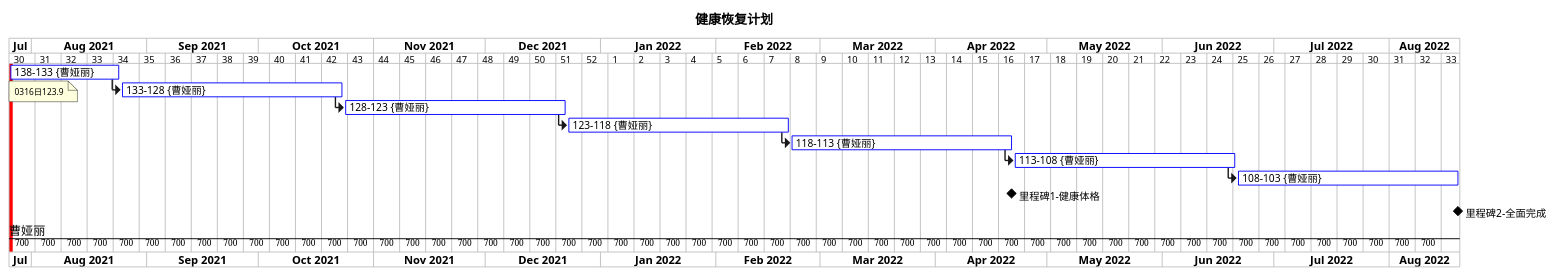
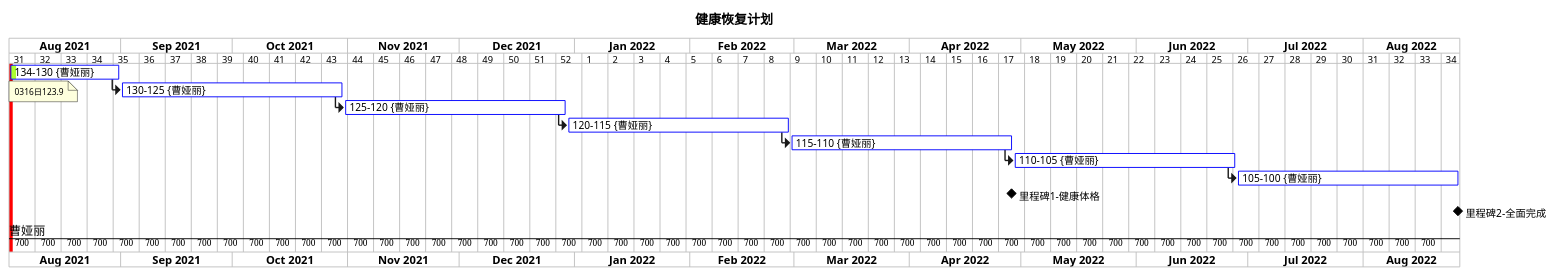
One commit to caoyali/BooksCodeDemo changed the first of 3 diagrams in personal_planning/个人计划.md. Above: the diagram before and after it, drawn with PlantUML. The commit also changed 7 other files, not shown here.

````diff
--- a/personal_planning/个人计划.md
+++ b/personal_planning/个人计划.md
@@ -1,32 +1,32 @@
 ```puml
 @startgantt
 title 健康恢复计划 
 printscale weekly
-Project starts the 2021-07-26
+Project starts the 2021-08-02
 
 <style>
 ganttDiagram {
     task {
 		BackGroundColor GreenYellow
 		LineColor blue
 	}
 }
 </style>
-[138-133] on {曹娅丽} lasts 30 days and is 0% completed
+[134-130] on {曹娅丽} lasts 30 days and is 5% completed
 note bottom
 0316日123.9
 end note
 
-then [133-128] on {曹娅丽} lasts 60 days and is 0% completed
-then [128-123] on {曹娅丽} lasts 60 days and is 0% completed
-then [123-118] on {曹娅丽} lasts 60 days and is 0% completed
-then [118-113] on {曹娅丽} lasts 60 days and is 0% completed
-then [113-108] on {曹娅丽} lasts 60 days and is 0% completed
-then [108-103] on {曹娅丽} lasts 60 days and is 0% completed
+then [130-125] on {曹娅丽} lasts 60 days and is 0% completed
+then [125-120] on {曹娅丽} lasts 60 days and is 0% completed
+then [120-115] on {曹娅丽} lasts 60 days and is 0% completed
+then [115-110] on {曹娅丽} lasts 60 days and is 0% completed
+then [110-105] on {曹娅丽} lasts 60 days and is 0% completed
+then [105-100] on {曹娅丽} lasts 60 days and is 0% completed
 
-[里程碑1-健康体格] happens at [118-113]'s end
-[里程碑2-全面完成] happens at [108-103]'s end
+[里程碑1-健康体格] happens at [115-110]'s end
+[里程碑2-全面完成] happens at [105-100]'s end
 
-today is 2021-07-26 and is colored in red
+today is 2021-08-02 and is colored in red
 @endgantt
 ```
````
